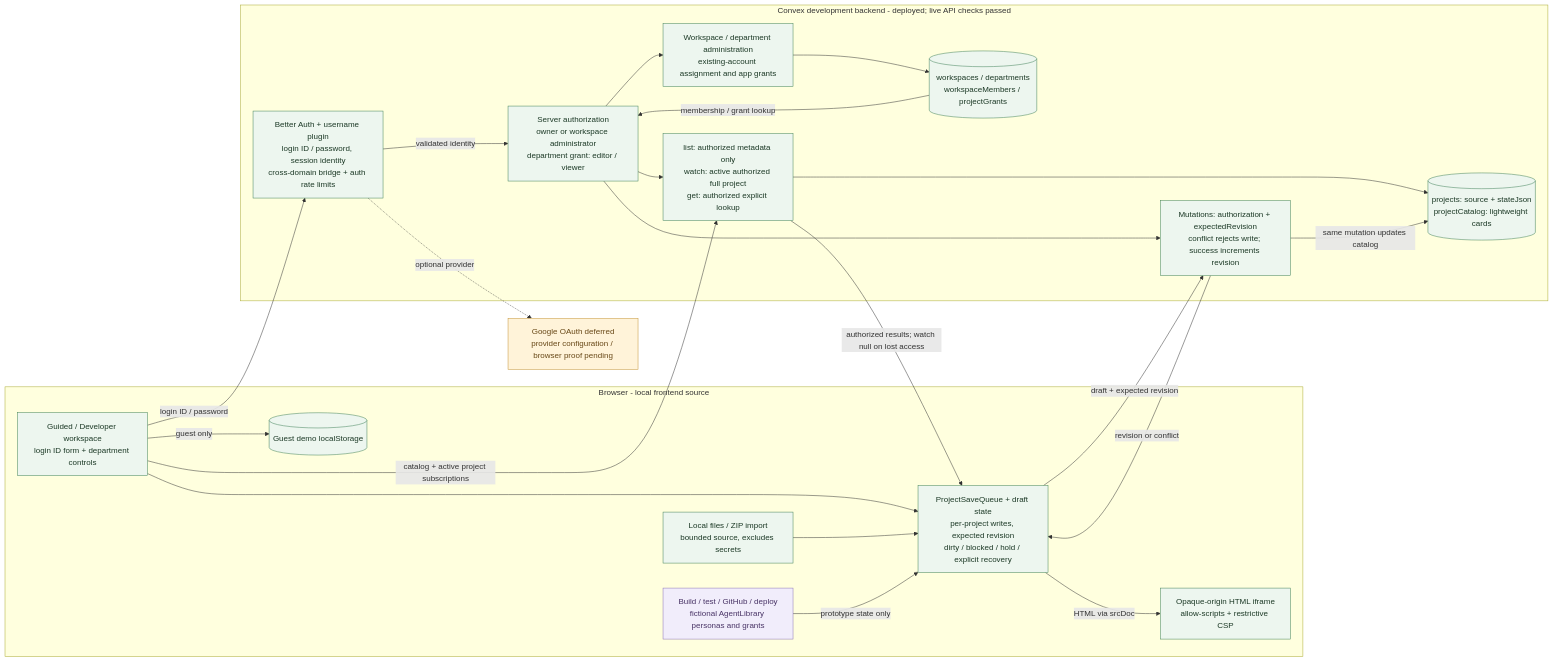
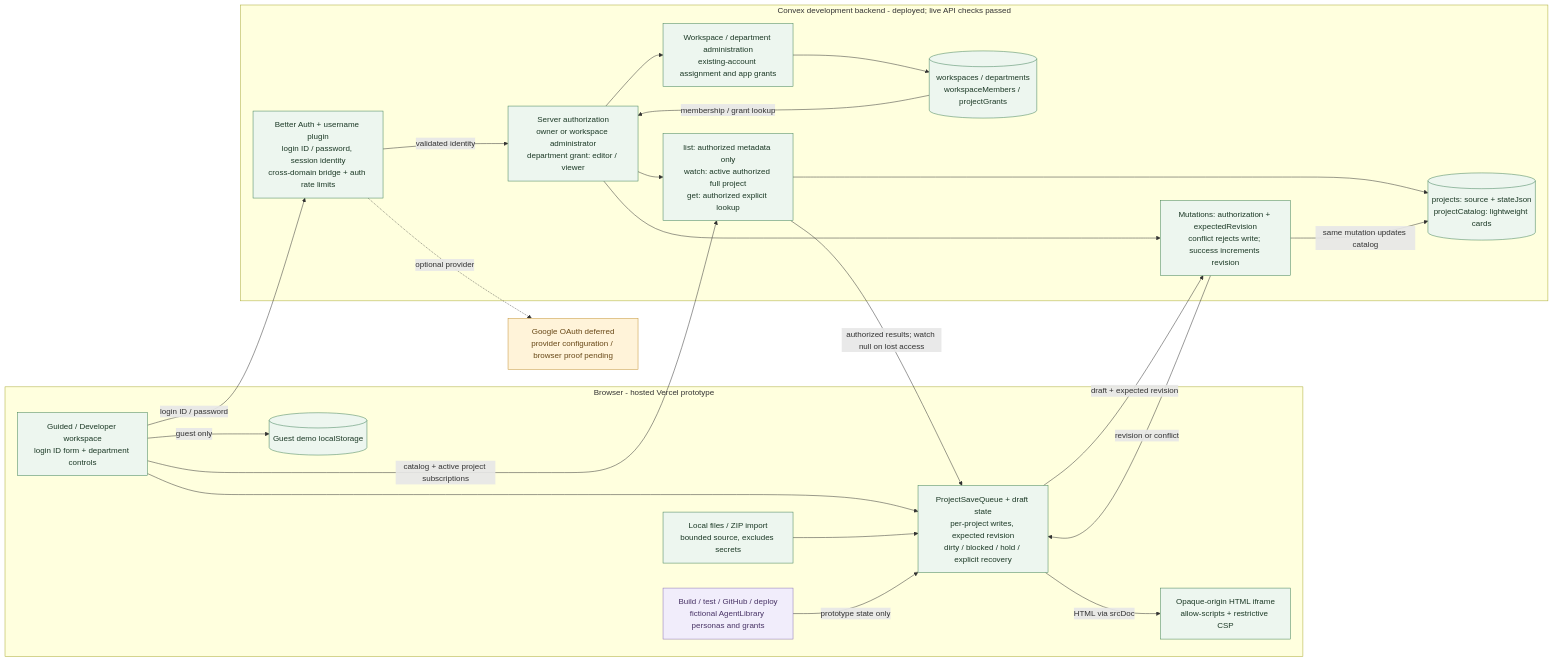
Before and after one commit to rishimunikesarwani-hub/architect-2: the first of 2 diagrams in docs/arch-engineering-drawing.md, drawn with Mermaid. The commit also changed other lines of this file and 12 other files, not shown here.

Commit message:
Publish Architect and document hosted verification

````diff
--- a/docs/arch-engineering-drawing.md
+++ b/docs/arch-engineering-drawing.md
@@ -22,47 +22,47 @@
 ```mermaid
 flowchart LR
   classDef local fill:#edf6ef,stroke:#408157,color:#1c3926
   classDef pending fill:#fff3d9,stroke:#c39336,color:#684817
   classDef simulated fill:#f1edfb,stroke:#8a73b4,color:#493466
   classDef future fill:#f3f5f6,stroke:#879399,stroke-dasharray:6 4,color:#35434b
 
-  subgraph Browser["Browser - local frontend source"]
+  subgraph Browser["Browser - hosted Vercel prototype"]
     UI["Guided / Developer workspace<br/>login ID form + department controls"]:::local
     State["ProjectSaveQueue + draft state<br/>per-project writes, expected revision<br/>dirty / blocked / hold / explicit recovery"]:::local
     Local[("Guest demo localStorage")]:::local
     Import["Local files / ZIP import<br/>bounded source, excludes secrets"]:::local
     Preview["Opaque-origin HTML iframe<br/>allow-scripts + restrictive CSP"]:::local
     Sim["Build / test / GitHub / deploy<br/>fictional AgentLibrary personas and grants"]:::simulated
     UI --> State
     UI -->|guest only| Local
     Import --> State
     State -->|HTML via srcDoc| Preview
     Sim -->|prototype state only| State
   end
 
   subgraph Backend["Convex development backend - deployed; live API checks passed"]
     Auth["Better Auth + username plugin<br/>login ID / password, session identity<br/>cross-domain bridge + auth rate limits"]:::local
     Access["Server authorization<br/>owner or workspace administrator<br/>department grant: editor / viewer"]:::local
     Query["list: authorized metadata only<br/>watch: active authorized full project<br/>get: authorized explicit lookup"]:::local
     Write["Mutations: authorization + expectedRevision<br/>conflict rejects write; success increments revision"]:::local
     Team["Workspace / department administration<br/>existing-account assignment and app grants"]:::local
     Roles[("workspaces / departments<br/>workspaceMembers / projectGrants")]:::local
     DB[("projects: source + stateJson<br/>projectCatalog: lightweight cards")]:::local
     Auth -->|validated identity| Access
     Access --> Query
     Access --> Write
     Access --> Team
     Team --> Roles
     Roles -->|membership / grant lookup| Access
     Query --> DB
     Write -->|same mutation updates catalog| DB
   end
 
   Google["Google OAuth deferred<br/>provider configuration / browser proof pending"]:::pending
   UI -->|login ID / password| Auth
   Auth -. optional provider .-> Google
   State -->|draft + expected revision| Write
   UI -->|catalog + active project subscriptions| Query
   Query -->|authorized results; watch null on lost access| State
   Write -->|revision or conflict| State
 ```
````
